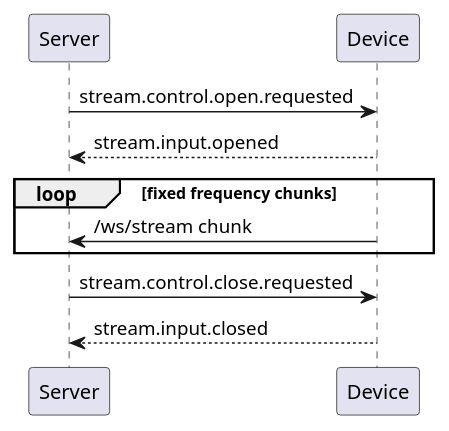
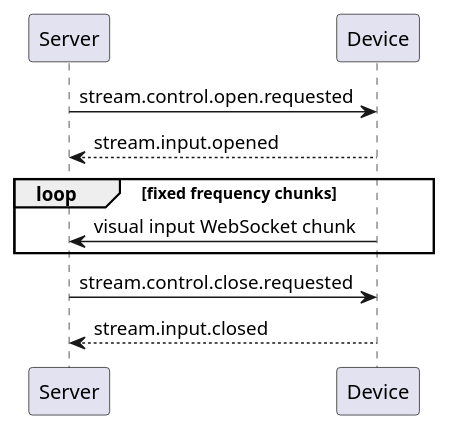
The diagram in protocol/docs/protocol.md (HengeLiu/RealtimeAgent), drawn with PlantUML before and after one commit. The commit also changed other lines of this file and 4 other files, not shown here.

````diff
--- a/protocol/docs/protocol.md
+++ b/protocol/docs/protocol.md
@@ -194,14 +196,14 @@
 ```plantuml
 @startuml
 participant Server
 participant Device
 
 Server -> Device: stream.control.open.requested
 Device --> Server: stream.input.opened
 loop fixed frequency chunks
-  Device -> Server: /ws/stream chunk
+  Device -> Server: visual input WebSocket chunk
 end
 Server -> Device: stream.control.close.requested
 Device --> Server: stream.input.closed
 @enduml
 ```
````
